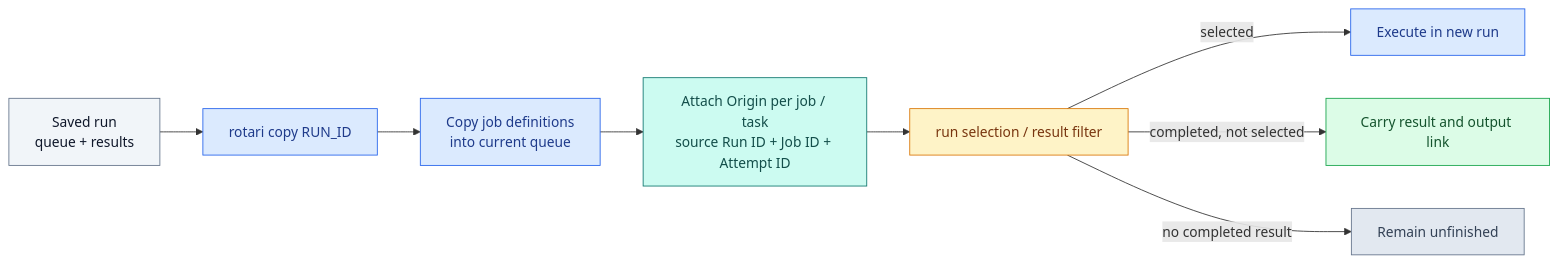
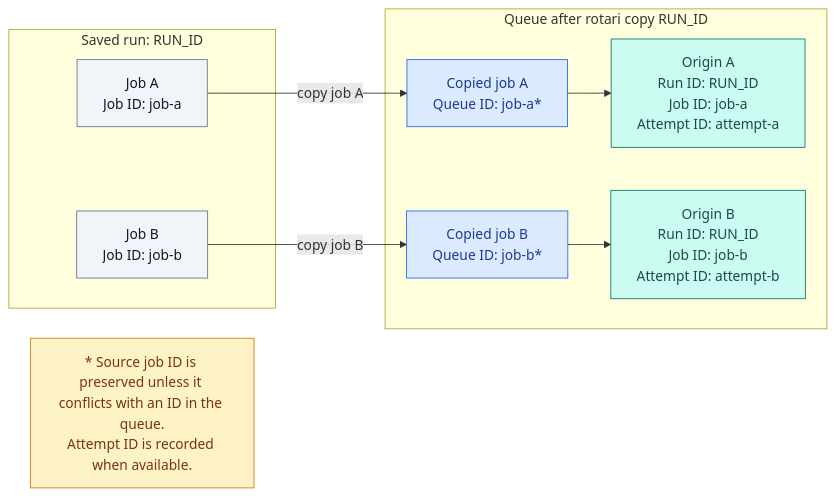
The first of 3 diagrams in docs/RUNNING.md (kamo-naoyuki/rotari), drawn with Mermaid before and after one commit. The commit also changed other lines of this file, not shown here.

Commit message:
docs: diagram per-job copy origin mapping

````diff
--- a/docs/RUNNING.md
+++ b/docs/RUNNING.md
@@ -166,25 +165,30 @@
 ```mermaid
 flowchart LR
-  SavedRun["Saved run<br/>queue + results"] --> Copy["rotari copy RUN_ID"]
-  Copy --> CopiedQueue["Copy job definitions<br/>into current queue"]
-  CopiedQueue --> Origin["Attach Origin per job / task<br/>source Run ID + Job ID + Attempt ID"]
-  Origin --> Filter["run selection / result filter"]
-  Filter -->|"selected"| Execute["Execute in new run"]
-  Filter -->|"completed, not selected"| Carry["Carry result and output link"]
-  Filter -->|"no completed result"| Unfinished["Remain unfinished"]
+  subgraph SavedRun["Saved run: RUN_ID"]
+    SourceA["Job A<br/>Job ID: job-a"]
+    SourceB["Job B<br/>Job ID: job-b"]
+  end
+
+  subgraph CurrentQueue["Queue after rotari copy RUN_ID"]
+    CopiedA["Copied job A<br/>Queue ID: job-a*"]
+    OriginA["Origin A<br/>Run ID: RUN_ID<br/>Job ID: job-a<br/>Attempt ID: attempt-a"]
+    CopiedB["Copied job B<br/>Queue ID: job-b*"]
+    OriginB["Origin B<br/>Run ID: RUN_ID<br/>Job ID: job-b<br/>Attempt ID: attempt-b"]
+    CopiedA --> OriginA
+    CopiedB --> OriginB
+  end
+
+  SourceA -->|"copy job A"| CopiedA
+  SourceB -->|"copy job B"| CopiedB
+
+  Note["* Source job ID is preserved unless it conflicts with an ID in the queue.<br/>Attempt ID is recorded when available."]
 
   classDef source fill:#f1f5f9,stroke:#64748b,color:#0f172a
   classDef queue fill:#dbeafe,stroke:#2563eb,color:#1e3a8a
   classDef origin fill:#ccfbf1,stroke:#0f766e,color:#134e4a
-  classDef filter fill:#fef3c7,stroke:#d97706,color:#78350f
-  classDef execute fill:#dbeafe,stroke:#2563eb,color:#1e3a8a
-  classDef carried fill:#dcfce7,stroke:#16a34a,color:#14532d
-  classDef unfinished fill:#e2e8f0,stroke:#64748b,color:#334155
-  class SavedRun source
-  class Copy,CopiedQueue queue
-  class Origin origin
-  class Filter filter
-  class Execute execute
-  class Carry carried
-  class Unfinished unfinished
+  classDef note fill:#fef3c7,stroke:#d97706,color:#78350f
+  class SourceA,SourceB source
+  class CopiedA,CopiedB queue
+  class OriginA,OriginB origin
+  class Note note
 ```
````
